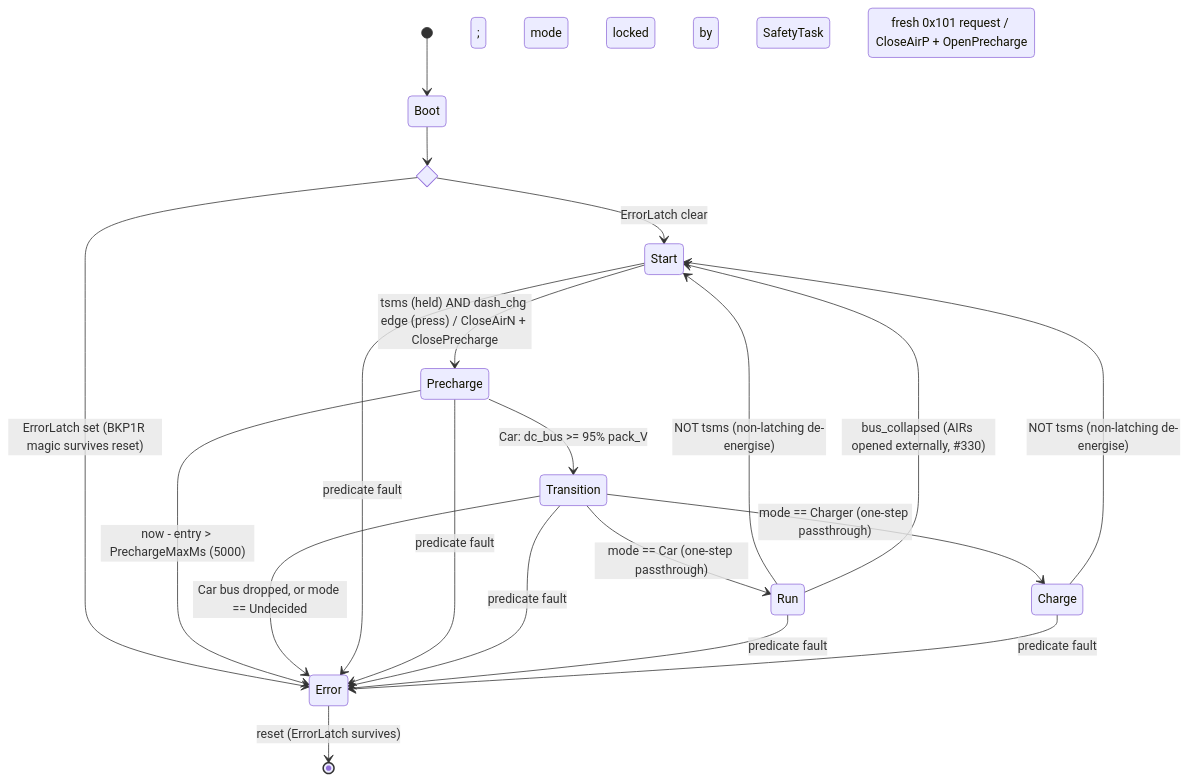
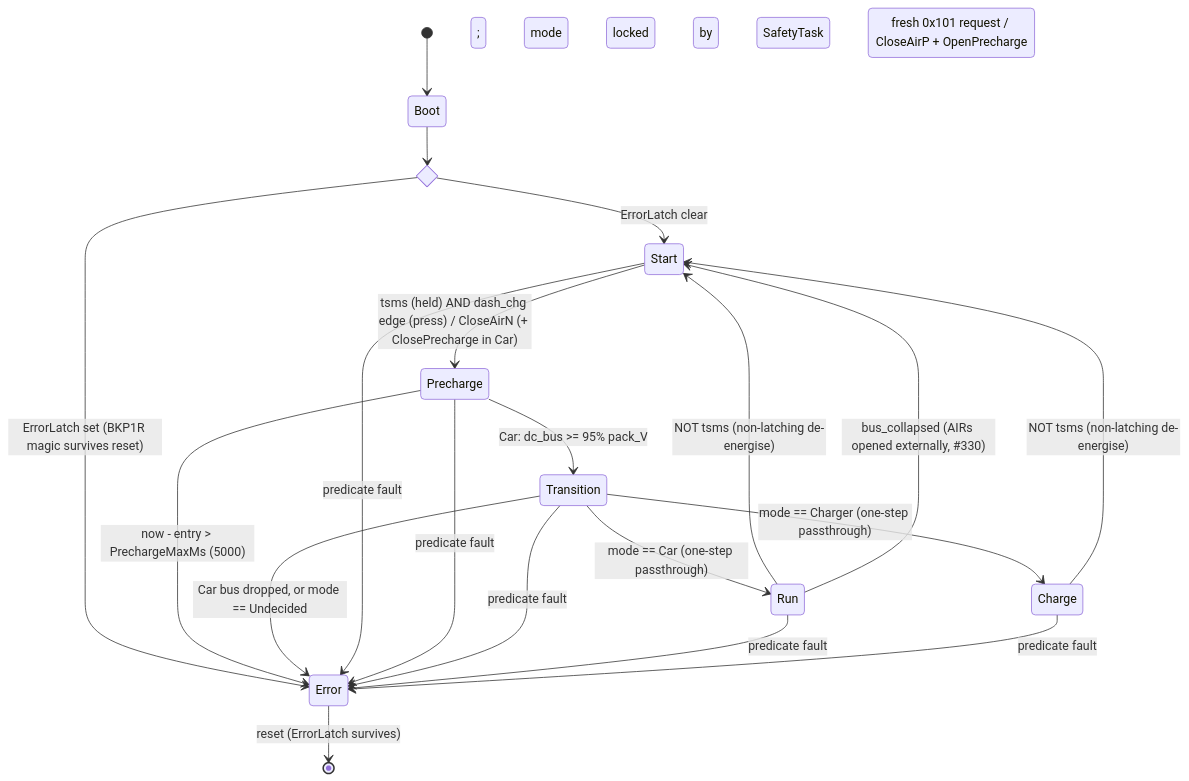
The second of 3 diagrams in docs/FSM_OVERVIEW.md (isc-fs/IFS08-CE-AMS), drawn with Mermaid before and after one commit. The commit also changed other lines of this file and 4 other files, not shown here.

Commit message:
Skip precharge resistor in Charger mode

````diff
--- a/docs/FSM_OVERVIEW.md
+++ b/docs/FSM_OVERVIEW.md
@@ -435,29 +445,29 @@
 ```mermaid
 stateDiagram-v2
     [*] --> Boot
     state boot_check <<choice>>
     Boot --> boot_check
     boot_check --> Start : ErrorLatch clear
     boot_check --> Error : ErrorLatch set (BKP1R magic survives reset)
 
-    Start --> Precharge : tsms (held) AND dash_chg edge (press) / CloseAirN + ClosePrecharge ; mode locked by SafetyTask
+    Start --> Precharge : tsms (held) AND dash_chg edge (press) / CloseAirN (+ ClosePrecharge in Car) ; mode locked by SafetyTask
 
     Precharge --> Transition : Car: dc_bus >= 95% pack_V ; Charger: fresh 0x101 request / CloseAirP + OpenPrecharge
     Precharge --> Error : now - entry > PrechargeMaxMs (5000)
 
     Transition --> Run : mode == Car (one-step passthrough)
     Transition --> Charge : mode == Charger (one-step passthrough)
     Transition --> Error : Car bus dropped, or mode == Undecided
 
     Run --> Start : NOT tsms (non-latching de-energise)
     Run --> Start : bus_collapsed (AIRs opened externally, #330)
     Charge --> Start : NOT tsms (non-latching de-energise)
 
     Start --> Error : predicate fault
     Precharge --> Error : predicate fault
     Transition --> Error : predicate fault
     Run --> Error : predicate fault
     Charge --> Error : predicate fault
 
     Error --> [*] : reset (ErrorLatch survives)
 ```
````
